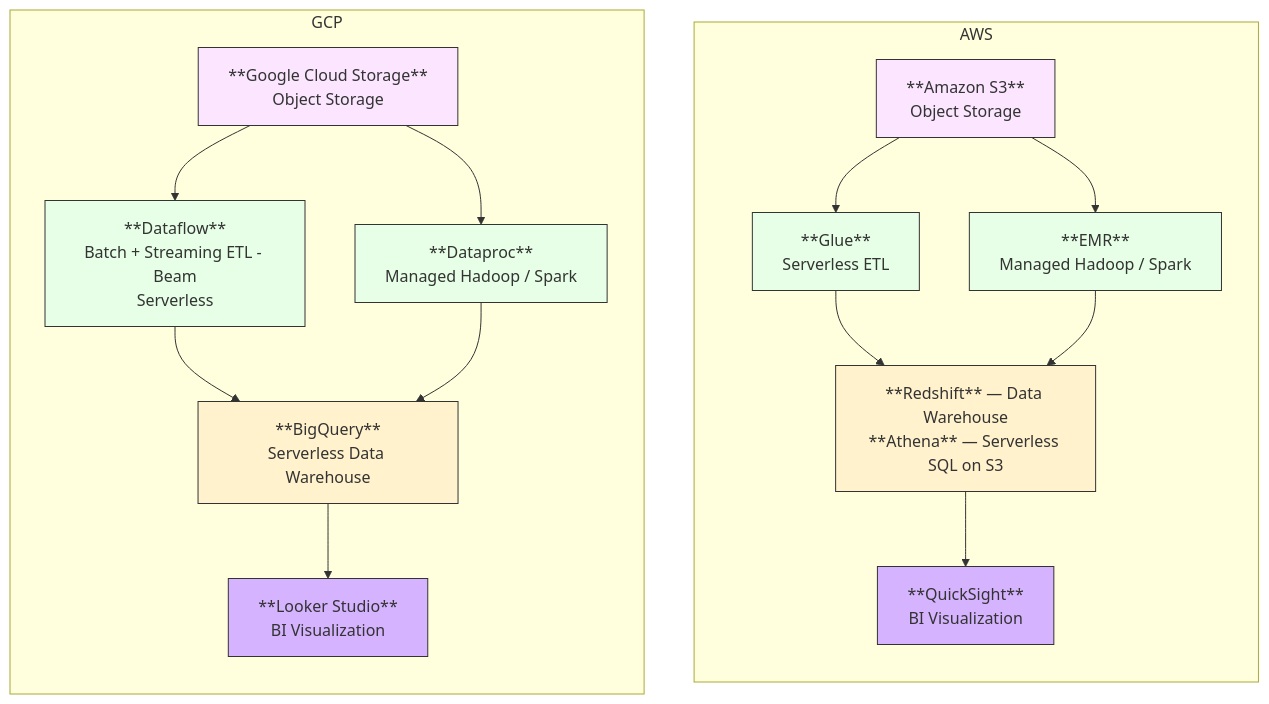
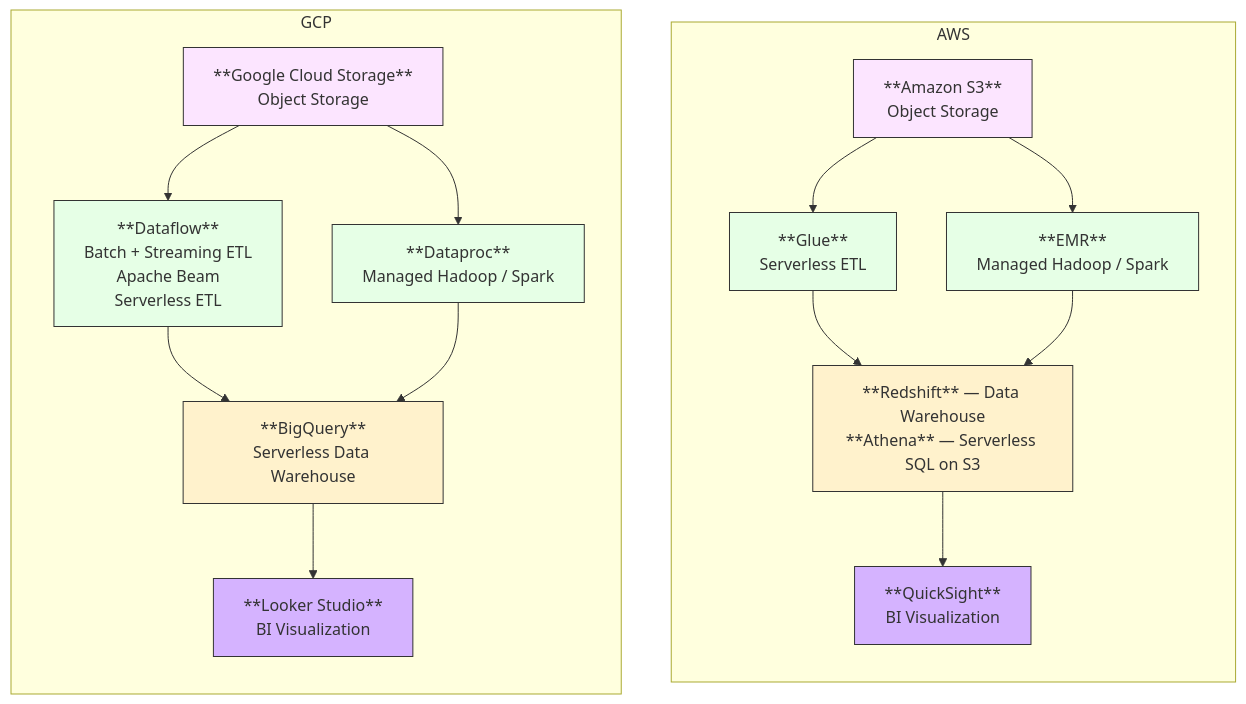
Before and after one commit to blaire101/DE2-AWS-Azure-GCP-2025: the first of 14 diagrams in README.md, drawn with Mermaid.

````diff
--- a/README.md
+++ b/README.md
@@ -1,39 +1,39 @@
 ```mermaid
 flowchart TB
     %% === AWS Side ===
     subgraph AWS[AWS]
         direction TB
         QS[**QuickSight**<br/>BI Visualization]
         RS[**Redshift** — Data Warehouse<br/>**Athena** — Serverless SQL on S3]
         Glue[**Glue**<br/>Serverless ETL]
         EMR[**EMR**<br/>Managed Hadoop / Spark]
         S3[**Amazon S3**<br/>Object Storage]
     end
 
     %% === GCP Side ===
     subgraph GCP[GCP]
         direction TB
         Looker[**Looker Studio**<br/>BI Visualization]
         BQ[**BigQuery**<br/>Serverless Data Warehouse]
-        Dataflow[**Dataflow**<br/>Batch + Streaming ETL - Beam<br/>Serverless ]
+        Dataflow[**Dataflow**<br/>Batch + Streaming ETL<br/>Apache Beam<br/>Serverless ETL ]
         Dataproc[**Dataproc**<br/>Managed Hadoop / Spark]
         GCS[**Google Cloud Storage**<br/>Object Storage]
     end
 
     %% === Flow Arrows ===
     S3 --> Glue --> RS --> QS
     S3 --> EMR --> RS
     GCS --> Dataflow --> BQ --> Looker
     GCS --> Dataproc --> BQ
 
     %% === Styles ===
     classDef storage fill:#fce5ff,stroke:#333,stroke-width:1px;
     classDef process fill:#e6ffe6,stroke:#333,stroke-width:1px;
     classDef warehouse fill:#fff2cc,stroke:#333,stroke-width:1px;
     classDef bi fill:#d5b3ff,stroke:#333,stroke-width:1px;
 
     class S3,GCS storage;
     class EMR,Dataproc,Glue,Dataflow process;
     class RS,BQ warehouse;
     class QS,Looker bi;
 ```
````
